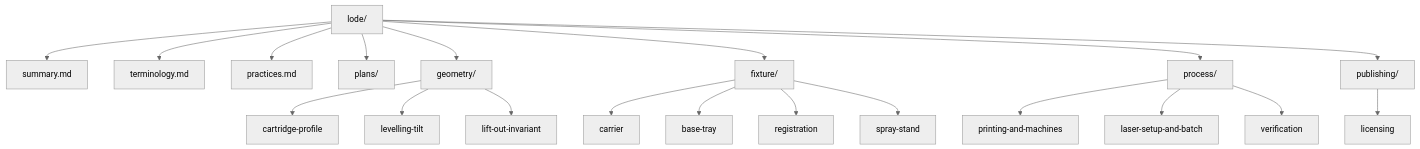
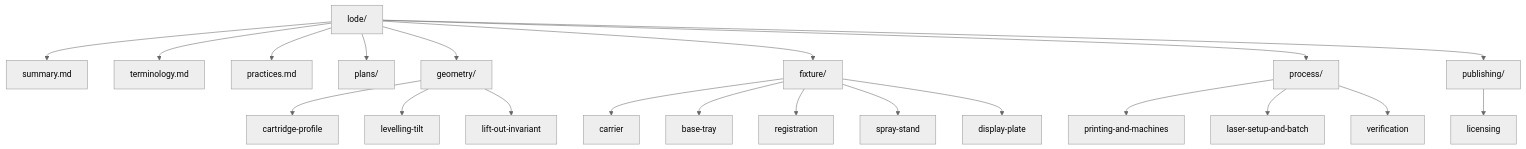
One commit to jfryman/30-06-bullet-jig changed the diagram in lode/lode-map.md. Above: the diagram before and after it, drawn with Mermaid (neutral theme). The commit also changed other lines of this file and 7 other files, not shown here.

First line of the commit message:
Add casing display / organizer plate

````diff
--- a/lode/lode-map.md
+++ b/lode/lode-map.md
@@ -5,22 +5,23 @@
 ```mermaid
 flowchart TB
     ROOT["lode/"] --> S["summary.md"]
     ROOT --> T["terminology.md"]
     ROOT --> P["practices.md"]
     ROOT --> PL["plans/"]
     ROOT --> G["geometry/"]
     ROOT --> F["fixture/"]
     ROOT --> PR["process/"]
     ROOT --> PB["publishing/"]
     G --> G1["cartridge-profile"]
     G --> G2["levelling-tilt"]
     G --> G3["lift-out-invariant"]
     F --> F1["carrier"]
     F --> F2["base-tray"]
     F --> F3["registration"]
     F --> F4["spray-stand"]
+    F --> F5["display-plate"]
     PR --> PR1["printing-and-machines"]
     PR --> PR2["laser-setup-and-batch"]
     PR --> PR3["verification"]
     PB --> PB1["licensing"]
 ```
````
